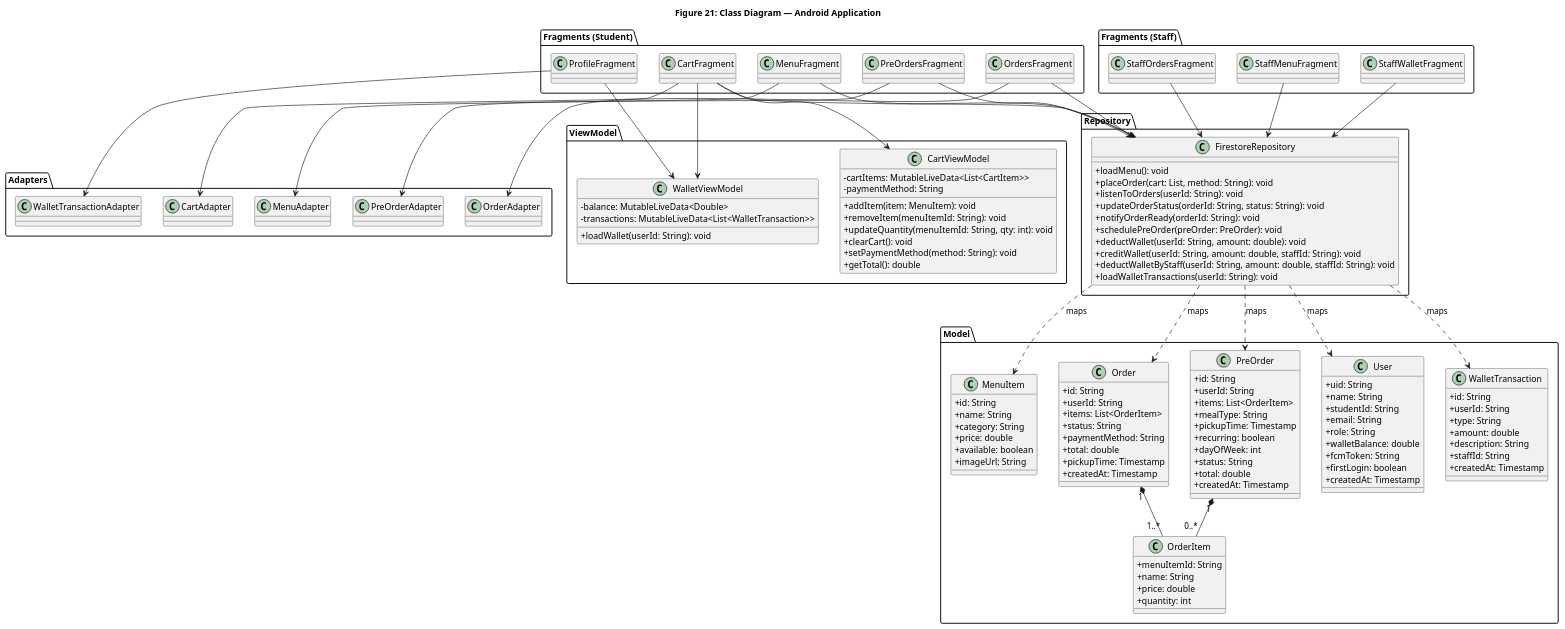
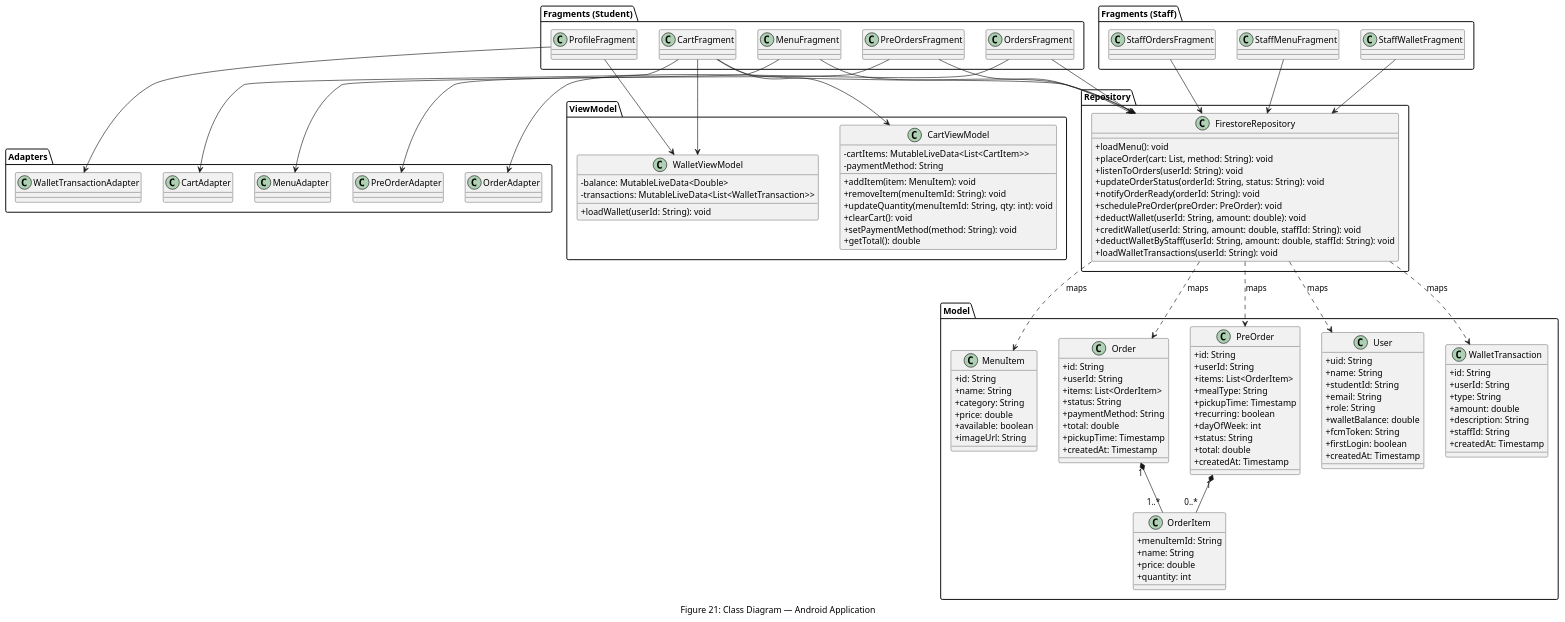
One commit to Musyonchez/beni-2 changed the ninth of 9 diagrams in pdf-source/figures/ch-5.md. Above: the diagram before and after it, drawn with PlantUML. The commit also changed other lines of this file and 30 other files, not shown here.

First line of the commit message:
chore: update figures, add generated PNGs, fix figure follow-up paragraphs

```diff
--- a/pdf-source/figures/ch-5.md
+++ b/pdf-source/figures/ch-5.md
@@ -504,7 +504,7 @@
 skinparam classAttributeIconSize 0
 skinparam backgroundColor white
 skinparam defaultFontName Arial
-title Figure 21: Class Diagram — Android Application
+caption Figure 21: Class Diagram — Android Application
 
 package "Model" {
   class MenuItem {
```
